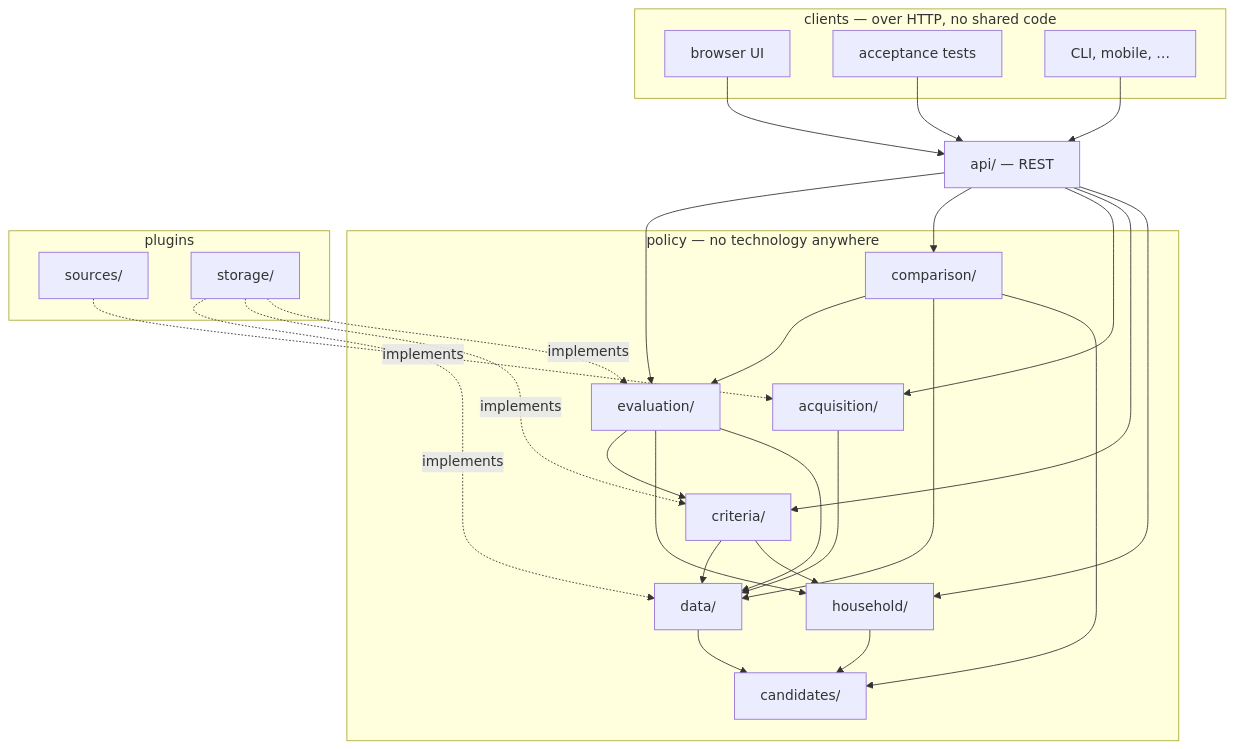
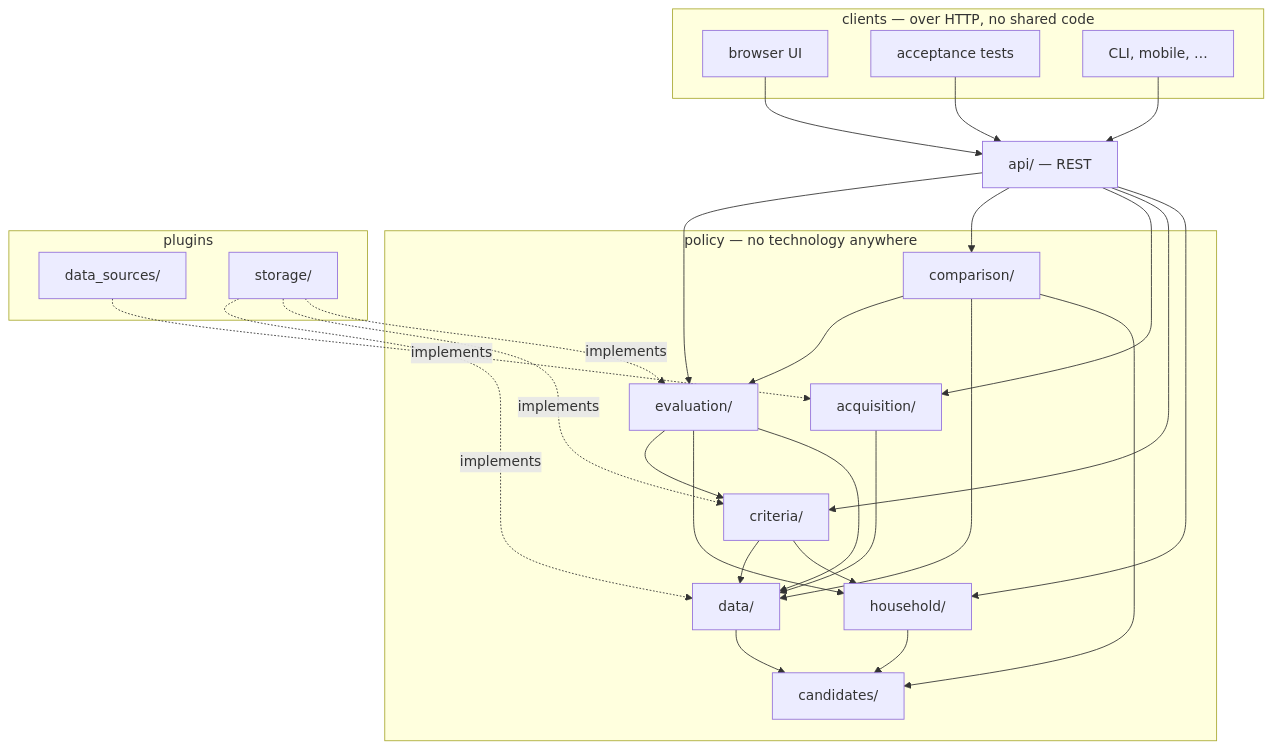
Before and after one commit to alexmstancu/starnest: the diagram in arch.md, drawn with Mermaid. The commit also changed other lines of this file and 1 other file, not shown here.

First line of the commit message:
arch: rename sources/ to data_sources/

````diff
--- a/arch.md
+++ b/arch.md
@@ -505,52 +505,52 @@
 ```mermaid
 flowchart TD
     subgraph clients["clients — over HTTP, no shared code"]
         ui["browser UI"]
         tests["acceptance tests"]
         future["CLI, mobile, …"]
     end
 
     api["api/ — REST"]
 
     subgraph policy["policy — no technology anywhere"]
         comparison["comparison/"]
         evaluation["evaluation/"]
         acquisition["acquisition/"]
         criteria["criteria/"]
         household["household/"]
         data["data/"]
         candidates["candidates/"]
     end
 
     subgraph plugins["plugins"]
-        sources["sources/"]
+        data_sources["data_sources/"]
         storage["storage/"]
     end
 
     ui --> api
     tests --> api
     future --> api
 
     api --> evaluation
     api --> comparison
     api --> acquisition
     api --> criteria
     api --> household
 
     comparison --> evaluation
     comparison --> data
     evaluation --> criteria
     evaluation --> household
     evaluation --> data
     acquisition --> data
     criteria --> data
     criteria --> household
     data --> candidates
     household --> candidates
     comparison --> candidates
 
-    sources -.implements.-> acquisition
+    data_sources -.implements.-> acquisition
     storage -.implements.-> data
     storage -.implements.-> criteria
     storage -.implements.-> evaluation
 ```
````
